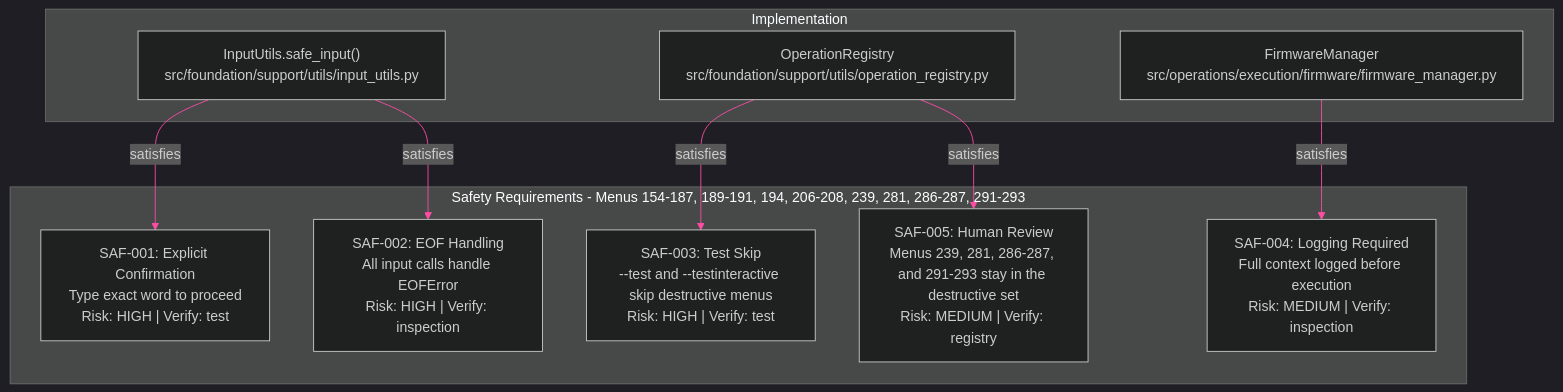
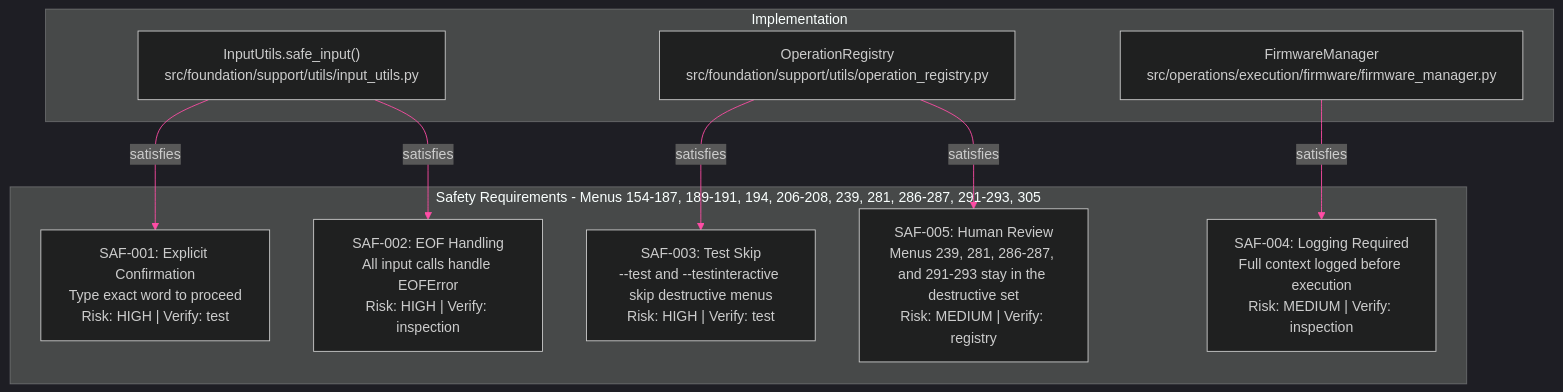
One commit to jmorrison-juniper/MistHelper changed the third of 3 diagrams in documentation/diagrams/operations/operations-reference.md. Above: the diagram before and after it, drawn with Mermaid. The commit also changed other lines of this file and 45 other files, not shown here.

````diff
--- a/documentation/diagrams/operations/operations-reference.md
+++ b/documentation/diagrams/operations/operations-reference.md
@@ -96,31 +96,31 @@
 ```mermaid
 %%{init: {'theme': 'dark', 'themeVariables': {
   'primaryColor': '#E20074',
   'primaryTextColor': '#E0E0E0',
   'primaryBorderColor': '#99004D',
   'lineColor': '#FF4DA6',
   'secondaryColor': '#16213E',
   'tertiaryColor': '#1A1A2E',
   'fontFamily': 'ui-monospace, monospace'
 }}}%%
 flowchart TB
-    subgraph requirements["Safety Requirements - Menus 154-187, 189-191, 194, 206-208, 239, 281, 286-287, 291-293"]
+    subgraph requirements["Safety Requirements - Menus 154-187, 189-191, 194, 206-208, 239, 281, 286-287, 291-293, 305"]
         SAF001["SAF-001: Explicit Confirmation<br/>Type exact word to proceed<br/>Risk: HIGH | Verify: test"]
         SAF002["SAF-002: EOF Handling<br/>All input calls handle EOFError<br/>Risk: HIGH | Verify: inspection"]
         SAF003["SAF-003: Test Skip<br/>--test and --testinteractive skip destructive menus<br/>Risk: HIGH | Verify: test"]
         SAF004["SAF-004: Logging Required<br/>Full context logged before execution<br/>Risk: MEDIUM | Verify: inspection"]
         SAF005["SAF-005: Human Review<br/>Menus 239, 281, 286-287, and 291-293 stay in the destructive set<br/>Risk: MEDIUM | Verify: registry"]
     end
 
     subgraph impl["Implementation"]
         si["InputUtils.safe_input()<br/>src/foundation/support/utils/input_utils.py"]
         registry["OperationRegistry<br/>src/foundation/support/utils/operation_registry.py"]
         fm["FirmwareManager<br/>src/operations/execution/firmware/firmware_manager.py"]
     end
 
     si -->|satisfies| SAF001
     si -->|satisfies| SAF002
     registry -->|satisfies| SAF003
     registry -->|satisfies| SAF005
     fm -->|satisfies| SAF004
 ```
````
